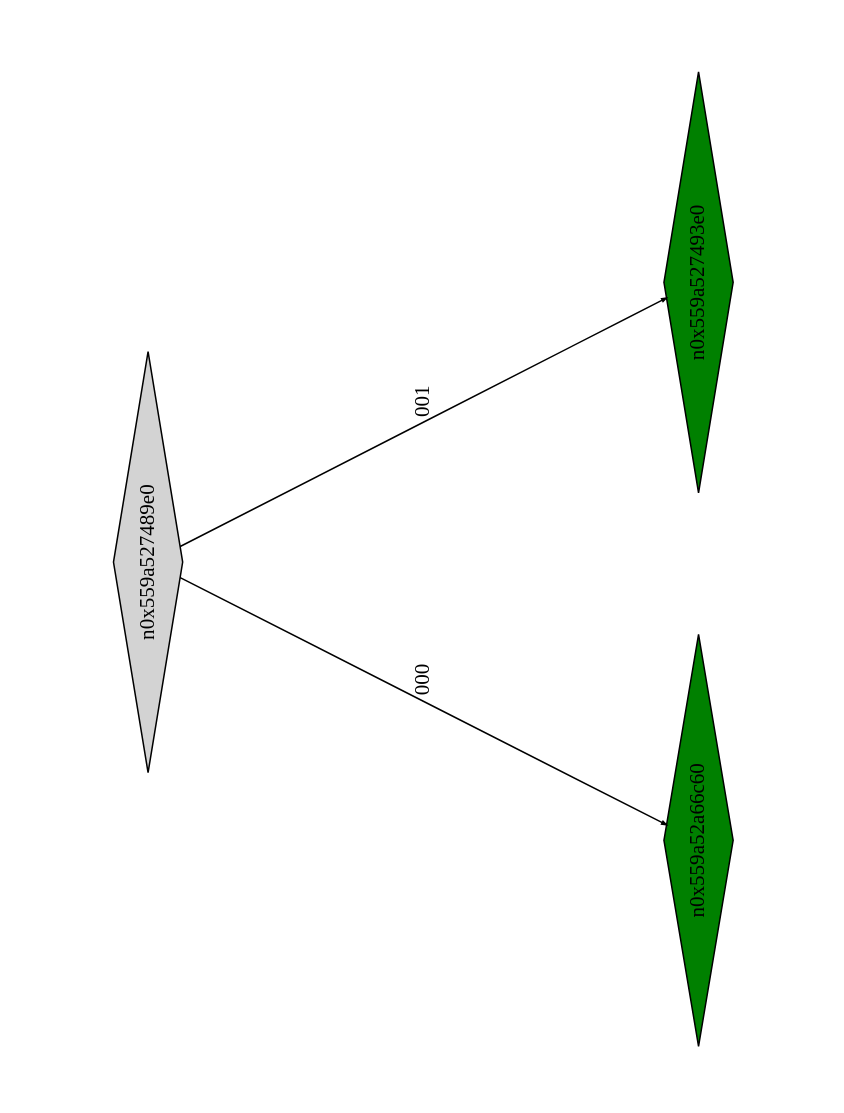
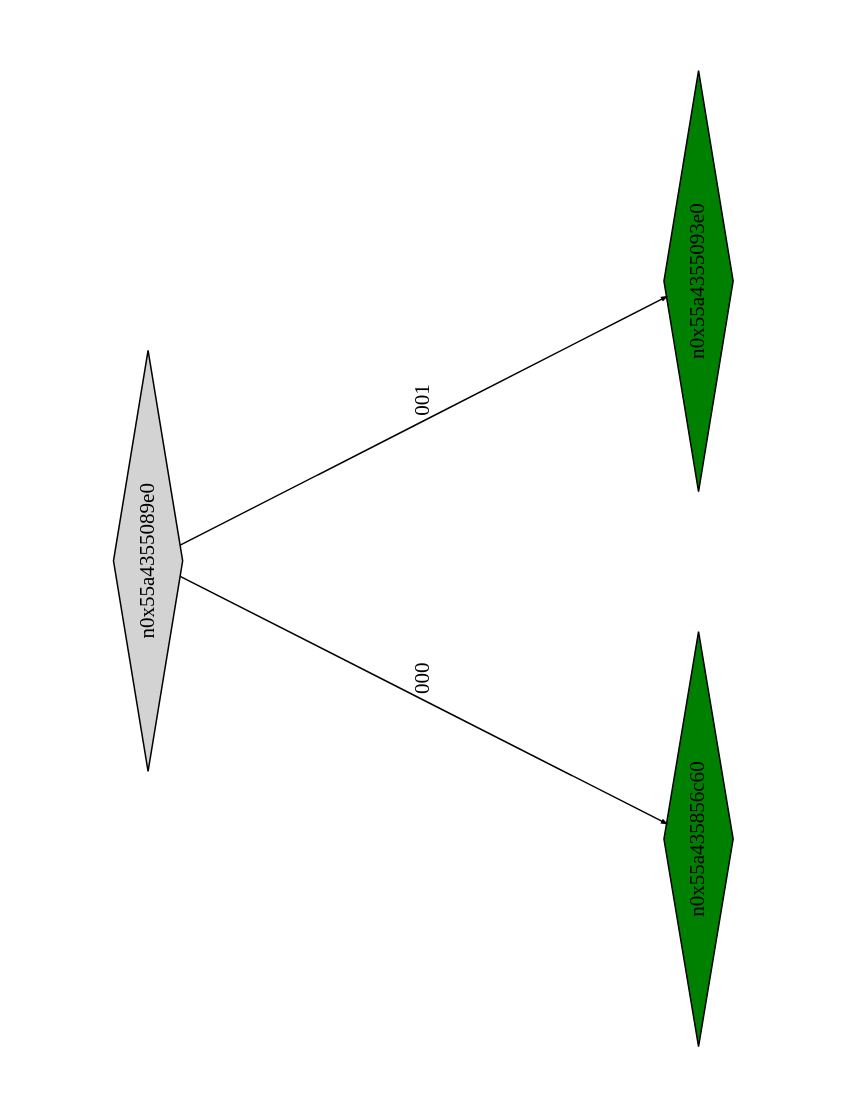
One commit to Research-Tools-PAVT/PSE-Program-Examples changed the diagram in example4_klee_out/ptree_00000756.dot. Above: the diagram before and after it, drawn with Graphviz. The commit also changed 54 other files, not shown here.

```diff
--- a/example4_klee_out/ptree_00000756.dot
+++ b/example4_klee_out/ptree_00000756.dot
@@ -1,13 +1,13 @@
 digraph G {
 	size="10,7.5";
 	ratio=fill;
 	rotate=90;
 	center = "true";
 	node [style="filled",width=.1,height=.1,fontname="Terminus"]
 	edge [arrowsize=.3]
-	n0x559a527489e0 [shape=diamond];
-	n0x559a527489e0 -> n0x559a52a66c60 [label=000];
-	n0x559a527489e0 -> n0x559a527493e0 [label=001];
-	n0x559a527493e0 [shape=diamond,fillcolor=green];
-	n0x559a52a66c60 [shape=diamond,fillcolor=green];
+	n0x55a4355089e0 [shape=diamond];
+	n0x55a4355089e0 -> n0x55a435856c60 [label=000];
+	n0x55a4355089e0 -> n0x55a4355093e0 [label=001];
+	n0x55a4355093e0 [shape=diamond,fillcolor=green];
+	n0x55a435856c60 [shape=diamond,fillcolor=green];
 }
```
